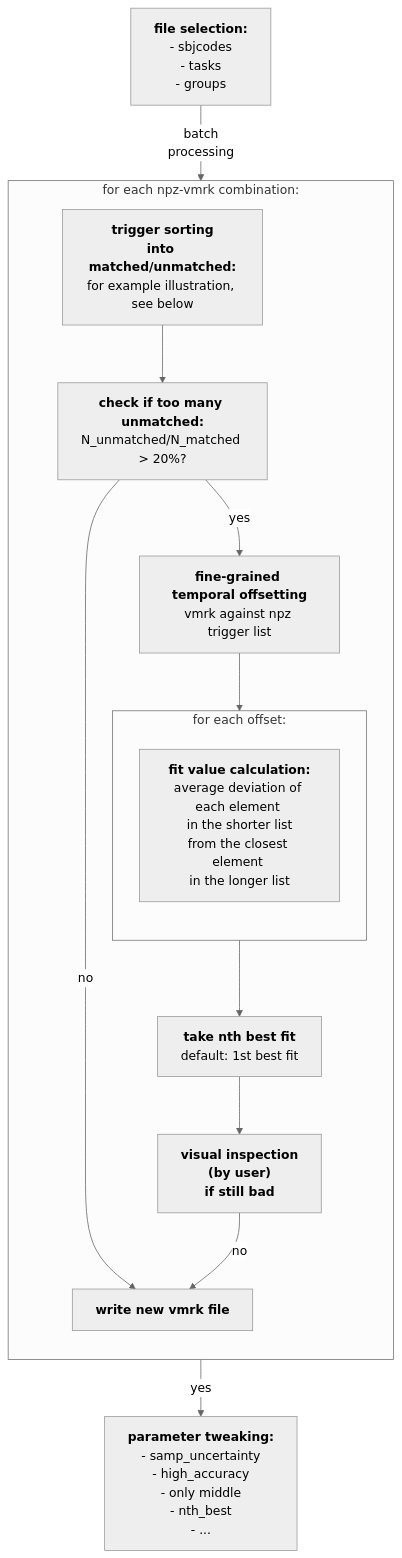
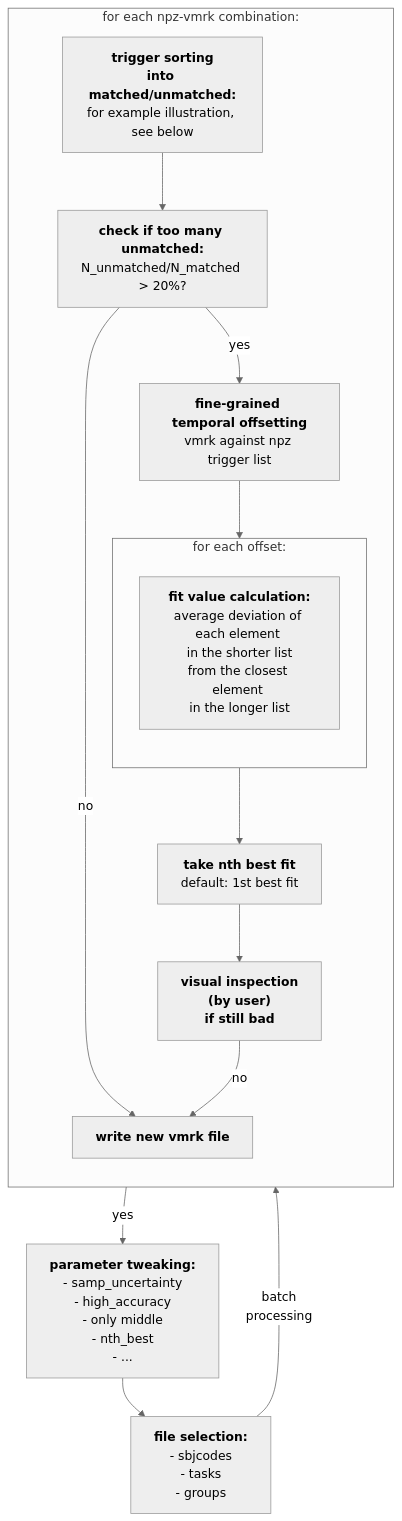
Before and after one commit to neuro-dream/Trigger-Fix: the diagram in README.md, drawn with Mermaid (neutral theme).

````diff
--- a/README.md
+++ b/README.md
@@ -6,34 +6,35 @@
 ```mermaid
 %% (function: <a href='https://github.com/neurodream/Trigger-Fix/blob/main/trigfix/trigger_compare_functions.py#L92'>apply_fix</a>)
 
 graph TD;
     A["<b>file selection:</b><br>- sbjcodes<br> - tasks<br> - groups"]
     B["<b>trigger sorting<br>into matched/unmatched:</b><br>for example illustration, see below"]
     C["<b>check if too many unmatched:</b><br>N_unmatched/N_matched > 20%?"]
     D["<b>fine-grained <br>temporal offsetting</b><br>vmrk against npz trigger list"]
     E["<b>fit value calculation:</b><br>average deviation of each element <br> in the shorter list <br>from the closest element <br>in the longer list"]
     F["<b>take nth best fit</b><br>default: 1st best fit"]
     G["<b>write new vmrk file</b>"]
     H["<b>visual inspection <br>(by user) <br>if still bad</b>"]
     I["<b>parameter tweaking:</b><br>- samp_uncertainty<br>- high_accuracy<br>- only middle<br>- nth_best<br>- ..."]
 
 subgraph for_each_file_comb["for each npz-vmrk combination:"]
     direction TB
     B-->C;
     C-->|no|G;
     C-->|yes|D;
     subgraph for_each_offset["for each offset:"]
         direction TB
         E
     end
     D-->for_each_offset;
     for_each_offset-->F;
     F-->H;
     %% for_each_file_comb -- "until<br>all files<br>processed" --> for_each_file_comb;
     %% G--"until<br>all files<br>processed" --> for_each_file_comb;
     H-->|no|G;
 end
 
 A--"batch <br>processing"-->for_each_file_comb;
 H-->|yes|I;
+I-->A;
 ```
````
